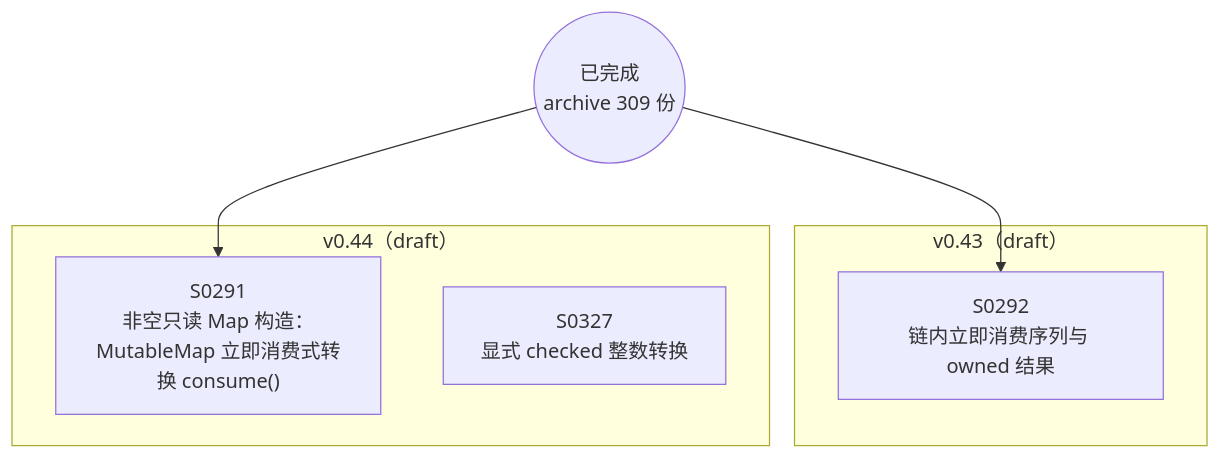
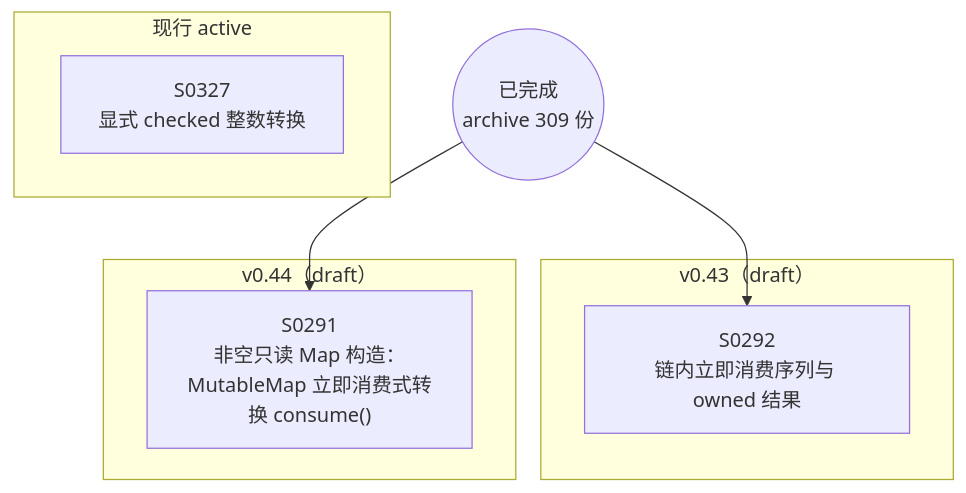
Before and after one commit to Halckon/Koven: the diagram in docs/specs/dependency-graph.md, drawn with Mermaid. The commit also changed other lines of this file and 18 other files, not shown here.

````diff
--- a/docs/specs/dependency-graph.md
+++ b/docs/specs/dependency-graph.md
@@ -9,13 +9,15 @@
 ```mermaid
 flowchart TD
 ARCH(("已完成<br/>archive 309 份"))
+subgraph Gactive["现行 active"]
+  S0327["S0327<br/>显式 checked 整数转换"]
+end
 subgraph Gdrafts_v043["v0.43（draft）"]
   S0292["S0292<br/>链内立即消费序列与 owned 结果"]
 end
 subgraph Gdrafts_v044["v0.44（draft）"]
   S0291["S0291<br/>非空只读 Map 构造：MutableMap 立即消费式转换 consume()"]
-  S0327["S0327<br/>显式 checked 整数转换"]
 end
 ARCH --> S0291
 ARCH --> S0292
 ```
````
